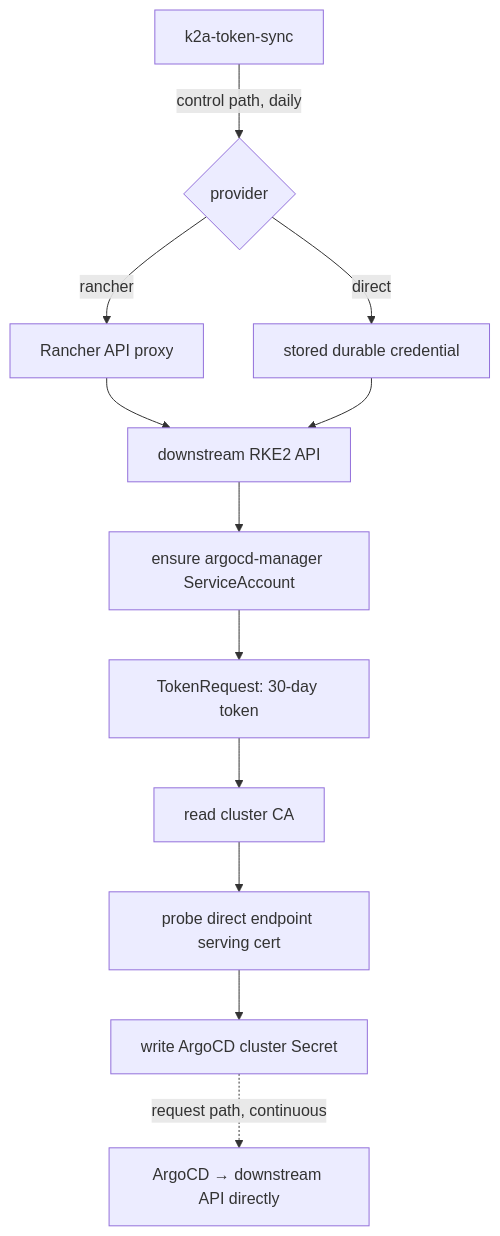
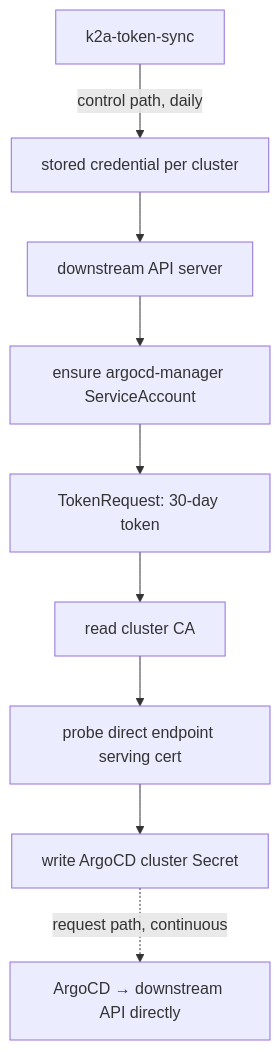
One commit to krisiasty/k2a-token-sync changed the diagram in README.md. Above: the diagram before and after it, drawn with Mermaid. The commit also changed other lines of this file and 18 other files, not shown here.

````diff
--- a/README.md
+++ b/README.md
@@ -34,14 +35,11 @@
 ```mermaid
 graph TD
-    A[k2a-token-sync] -->|control path, daily| B{provider}
-    B -->|rancher| C[Rancher API proxy]
-    B -->|direct| D[stored durable credential]
-    C --> E[downstream RKE2 API]
-    D --> E
+    A[k2a-token-sync] -->|control path, daily| D[stored credential per cluster]
+    D --> E[downstream API server]
     E --> F[ensure argocd-manager ServiceAccount]
     F --> G[TokenRequest: 30-day token]
     G --> H[read cluster CA]
     H --> I[probe direct endpoint serving cert]
     I --> J[write ArgoCD cluster Secret]
     J -.->|request path, continuous| K[ArgoCD → downstream API directly]
 ```
````
